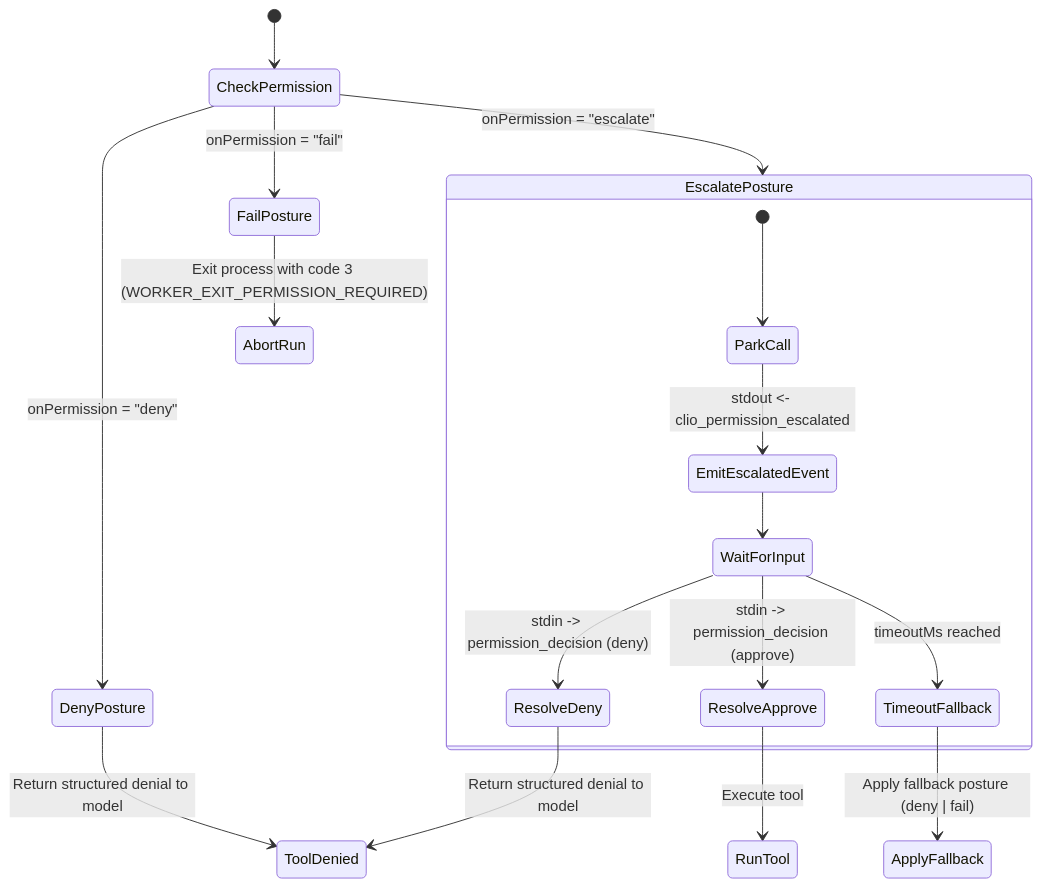
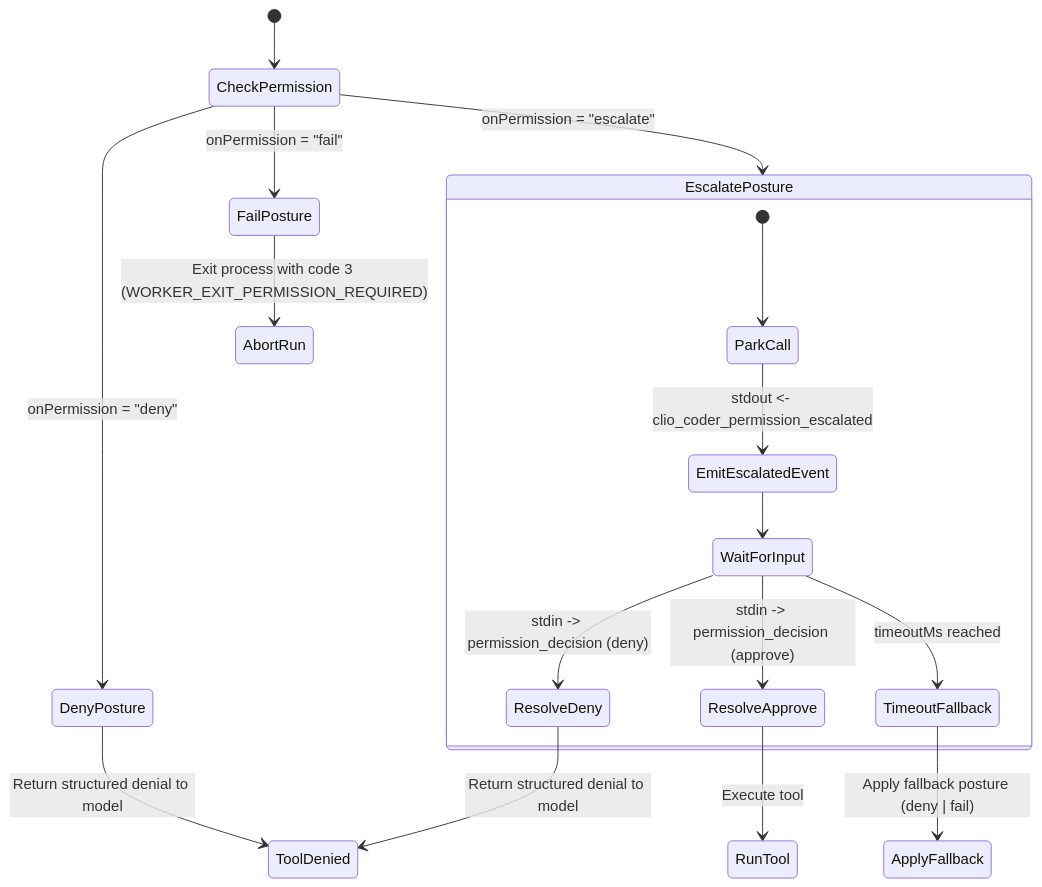
Before and after one commit to iowarp/clio-coder: the second of 2 diagrams in docs/worker-dispatch-mechanics.md, drawn with Mermaid. The commit also changed other lines of this file and 42 other files, not shown here.

````diff
--- a/docs/worker-dispatch-mechanics.md
+++ b/docs/worker-dispatch-mechanics.md
@@ -101,23 +101,23 @@
 ```mermaid
 stateDiagram-v2
     [*] --> CheckPermission
     CheckPermission --> DenyPosture : onPermission = "deny"
     CheckPermission --> FailPosture : onPermission = "fail"
     CheckPermission --> EscalatePosture : onPermission = "escalate"
 
     DenyPosture --> ToolDenied : Return structured denial to model
     FailPosture --> AbortRun : Exit process with code 3 (WORKER_EXIT_PERMISSION_REQUIRED)
 
     state EscalatePosture {
         [*] --> ParkCall
-        ParkCall --> EmitEscalatedEvent : stdout <- clio_permission_escalated
+        ParkCall --> EmitEscalatedEvent : stdout <- clio_coder_permission_escalated
         EmitEscalatedEvent --> WaitForInput
         WaitForInput --> ResolveApprove : stdin -> permission_decision (approve)
         WaitForInput --> ResolveDeny : stdin -> permission_decision (deny)
         WaitForInput --> TimeoutFallback : timeoutMs reached
     }
 
     ResolveApprove --> RunTool : Execute tool
     ResolveDeny --> ToolDenied : Return structured denial to model
     TimeoutFallback --> ApplyFallback : Apply fallback posture (deny | fail)
 ```
````
